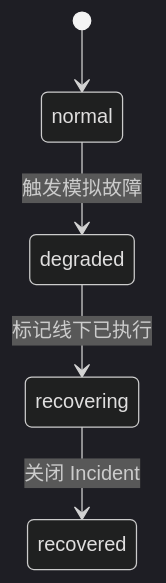
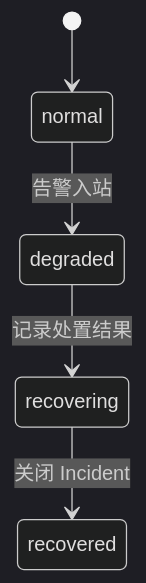
The third of 3 diagrams in docs/TECH_DESIGN.md (CarlosYonng/ai-incident-copilot), drawn with Mermaid (dark theme) before and after one commit. The commit also changed other lines of this file and 91 other files, not shown here.

````diff
--- a/docs/TECH_DESIGN.md
+++ b/docs/TECH_DESIGN.md
@@ -213,7 +237,7 @@
 ```mermaid
 stateDiagram-v2
   [*] --> normal
-  normal --> degraded: 触发模拟故障
-  degraded --> recovering: 标记线下已执行
+  normal --> degraded: 告警入站
+  degraded --> recovering: 记录处置结果
   recovering --> recovered: 关闭 Incident
 ```
````
